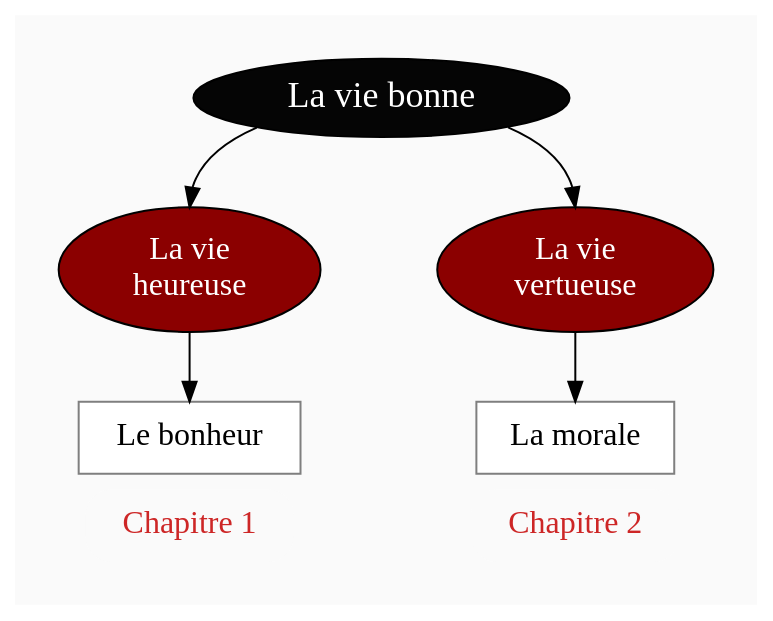
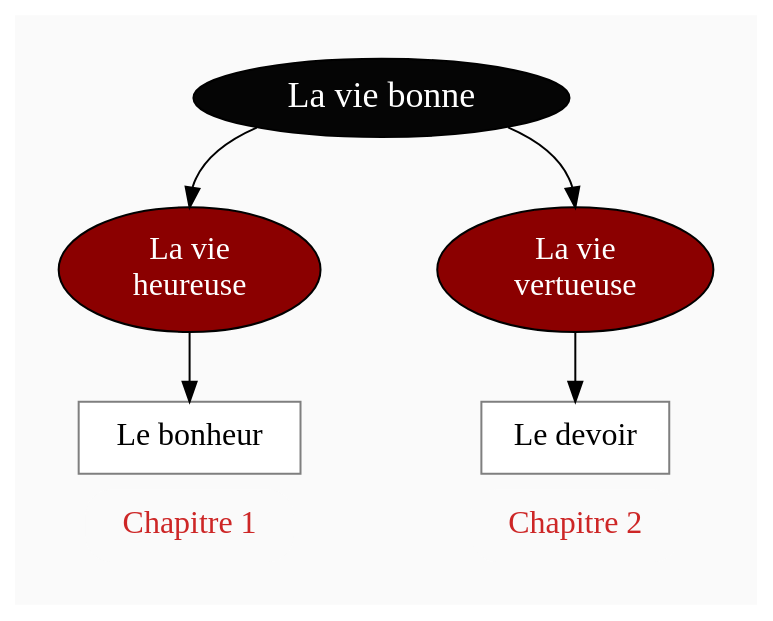
Before and after one commit to eyssette/graphviz-examples: the diagram in diagram/sequence1-ethique-et-morale-plan.dot, drawn with Graphviz. The commit also changed 1 other file, not shown here.

```diff
--- a/diagram/sequence1-ethique-et-morale-plan.dot
+++ b/diagram/sequence1-ethique-et-morale-plan.dot
@@ -1,71 +1,71 @@
 digraph G {
 // Template : diagram
 // Usage : 
 //rankdir=LR
 splines=true
 //splines=curved
 bgcolor=grey98
 pad=0.3
 style=filled
 edge[minlen=4]
 node[style=filled, fontcolor=white]
 ranksep=0.1
 nodesep=0.8
 
 // NIVEAU 1
 node[fillcolor=grey2, fontsize=18]
 a1[label="La vie bonne"]
 
 // NIVEAU 2
 node[fillcolor=red4, fontsize=16]
 a1->{
 b1[label="La vie
 heureuse"]    
 b2[label="La vie
 vertueuse"]
 }[headport=n]
 
 node[fontcolor=black]
 // NIVEAU 3 (sans intermédiaire)
 node [shape=box, fillcolor=white, color=grey50]
 // c1[label=""]
 b1->c1
 c1[label="Le bonheur"]
 b2->c2
-c2[label="La morale"]
+c2[label="Le devoir"]
 
 // INTERMÉDIAIRE AVANT NIVEAU 3
 node[fillcolor=grey78, shape=oval]
 // [arrowhead=none]
 // bc1[label=""]
 
 // NIVEAU 3 (avec intermédiaire)
 node[fillcolor=white, shape=box, color=grey50]
 // c1[label=""]
 
 // NIVEAU 4
 node[style="filled,rounded", fillcolor=white, shape=box, color=grey50]
 // d1[label=""]
 
 
 // ÉTIQUETTES EN ROUGE
 node[shape=plaintext, fontcolor=firebrick3, fillcolor=grey98]
 // e1[label=< <B>= Titre</B><BR /><BR />Contenu<BR /> >]
 // e1[label=""]
 // ->e1[minlen=1, style=invis]
 
 c1->e1[minlen=1, style=invis]
 e1[label="Chapitre 1"]
 
 c2->e2[minlen=1, style=invis]
 e2[label="Chapitre 2"]
 
 
 // REMARQUES EN BLEU
 node[color=blue, shape=box, margin=0.07, fontcolor=black, fontsize=12, style="dashed", penwidth=0.6]
 edge[color=blue, arrowhead="none", xlabel="", style="dashed", penwidth=0.6]
 // r1[label=""]
 // {rank=same;->r1}
 // {rank=same;r1->[dir=back]}
 
 }
```
